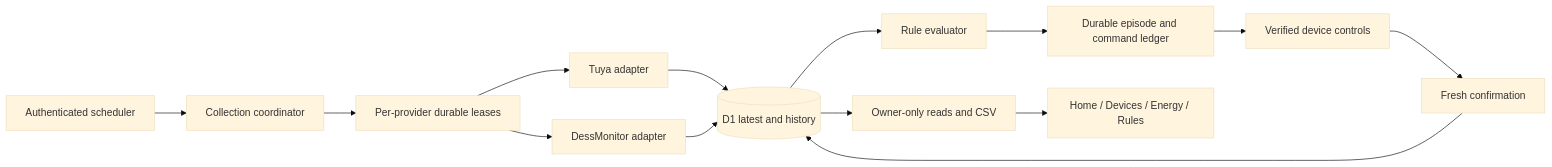
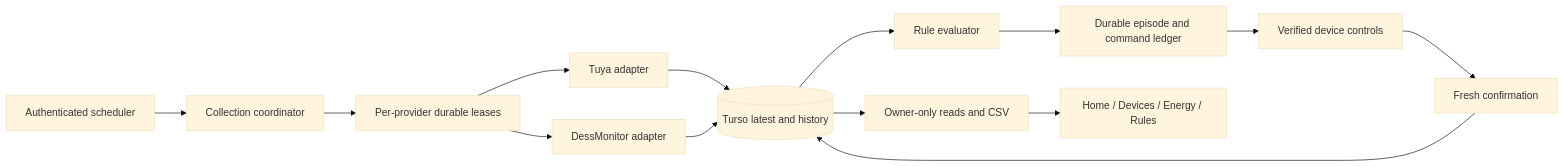
One commit to uzairbukhari/home-automation changed the diagram in docs/PHOTON_TECHNICAL_GUIDE.md. Above: the diagram before and after it, drawn with Mermaid (base theme). The commit also changed other lines of this file and 65 other files, not shown here.

````diff
--- a/docs/PHOTON_TECHNICAL_GUIDE.md
+++ b/docs/PHOTON_TECHNICAL_GUIDE.md
@@ -9,16 +9,16 @@
 ```mermaid
 flowchart LR
   Tick[Authenticated scheduler] --> Coordinator[Collection coordinator]
   Coordinator --> Leases[Per-provider durable leases]
   Leases --> Tuya[Tuya adapter]
   Leases --> Dess[DessMonitor adapter]
-  Tuya --> D1[(D1 latest and history)]
+  Tuya --> D1[(Turso latest and history)]
   Dess --> D1
   D1 --> Rules[Rule evaluator]
   Rules --> Ledger[Durable episode and command ledger]
   Ledger --> Controls[Verified device controls]
   Controls --> Confirmation[Fresh confirmation]
   Confirmation --> D1
   D1 --> Reads[Owner-only reads and CSV]
   Reads --> UI[Home / Devices / Energy / Rules]
 ```
````
